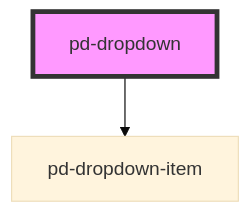
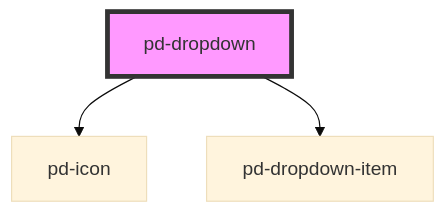
Before and after one commit to Lambda-IT/parlamentsdienste-components: the diagram in src/components/pd-dropdown/readme.md, drawn with Mermaid (base theme). The commit also changed other lines of this file and 1 other file, not shown here.

````diff
--- a/src/components/pd-dropdown/readme.md
+++ b/src/components/pd-dropdown/readme.md
@@ -59,5 +60,6 @@
 ```mermaid
 graph TD;
+  pd-dropdown --> pd-icon
   pd-dropdown --> pd-dropdown-item
   style pd-dropdown fill:#f9f,stroke:#333,stroke-width:4px
 ```
````
